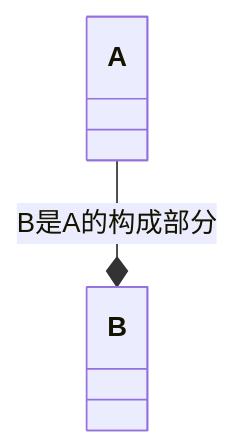
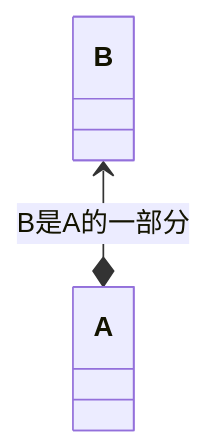
Diagram 13 of 13 in content/post/编程/编程范式/面对对象/类的关系与UML类图.md (MoefulYe/MoefulYe.github.io), drawn with Mermaid before and after one commit. The commit also changed other lines of this file and 2 other files, not shown here.

````diff
--- a/content/post/编程/编程范式/面对对象/类的关系与UML类图.md
+++ b/content/post/编程/编程范式/面对对象/类的关系与UML类图.md
@@ -220,4 +221,4 @@
 ```mermaid
 classDiagram
-A --* B :B是A的构成部分
+B <--* A : B是A的一部分
 ```
````
